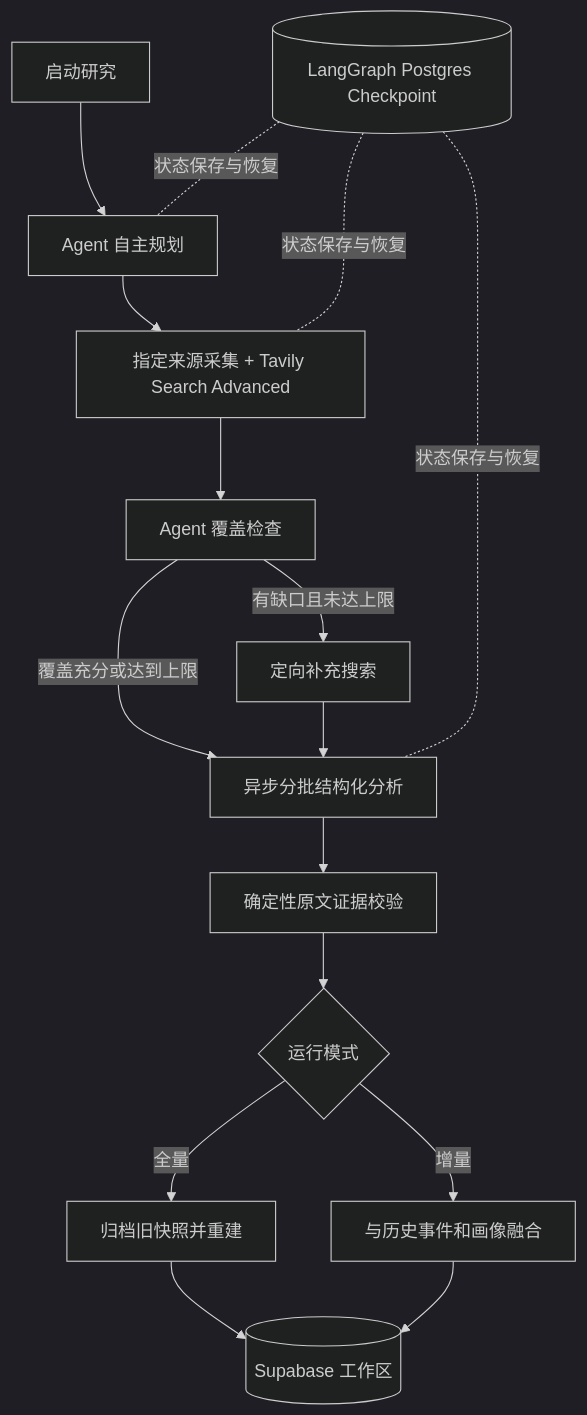
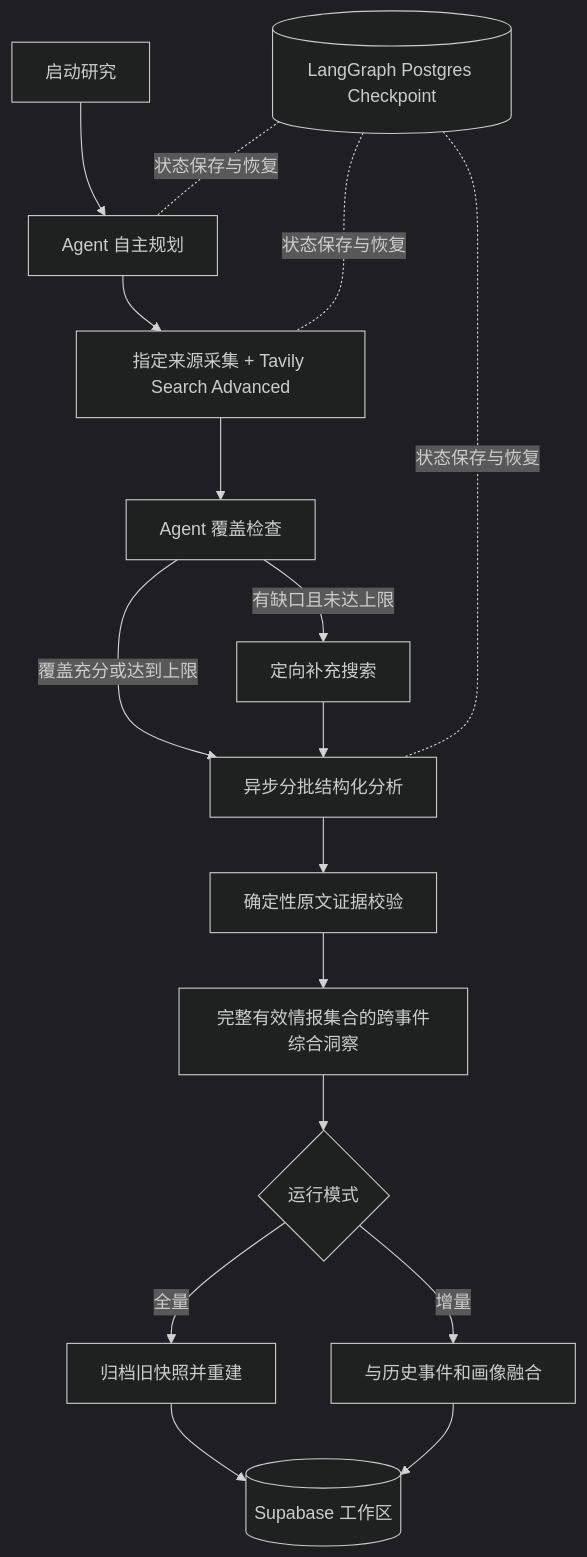
Before and after one commit to 335691851/Industrial-AI-research: the diagram in 说明.md, drawn with Mermaid (dark theme). The commit also changed other lines of this file and 12 other files, not shown here.

````diff
--- a/说明.md
+++ b/说明.md
@@ -54,18 +54,19 @@
 ```mermaid
 flowchart TD
   A[启动研究] --> P[Agent 自主规划]
   P --> C[指定来源采集 + Tavily Search Advanced]
   C --> G[Agent 覆盖检查]
   G -->|有缺口且未达上限| S[定向补充搜索]
   G -->|覆盖充分或达到上限| E[异步分批结构化分析]
   S --> E
   E --> V[确定性原文证据校验]
-  V --> M{运行模式}
+  V --> J[完整有效情报集合的跨事件综合洞察]
+  J --> M{运行模式}
   M -->|全量| F[归档旧快照并重建]
   M -->|增量| I[与历史事件和画像融合]
   F --> D[(Supabase 工作区)]
   I --> D
   K[(LangGraph Postgres Checkpoint)] -. 状态保存与恢复 .- P
   K -. 状态保存与恢复 .- C
   K -. 状态保存与恢复 .- E
 ```
````
